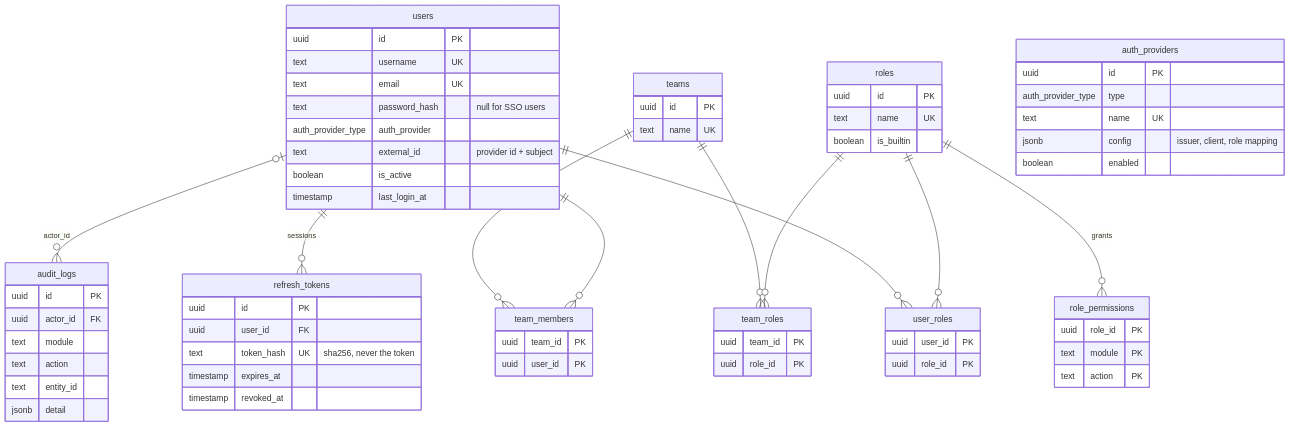
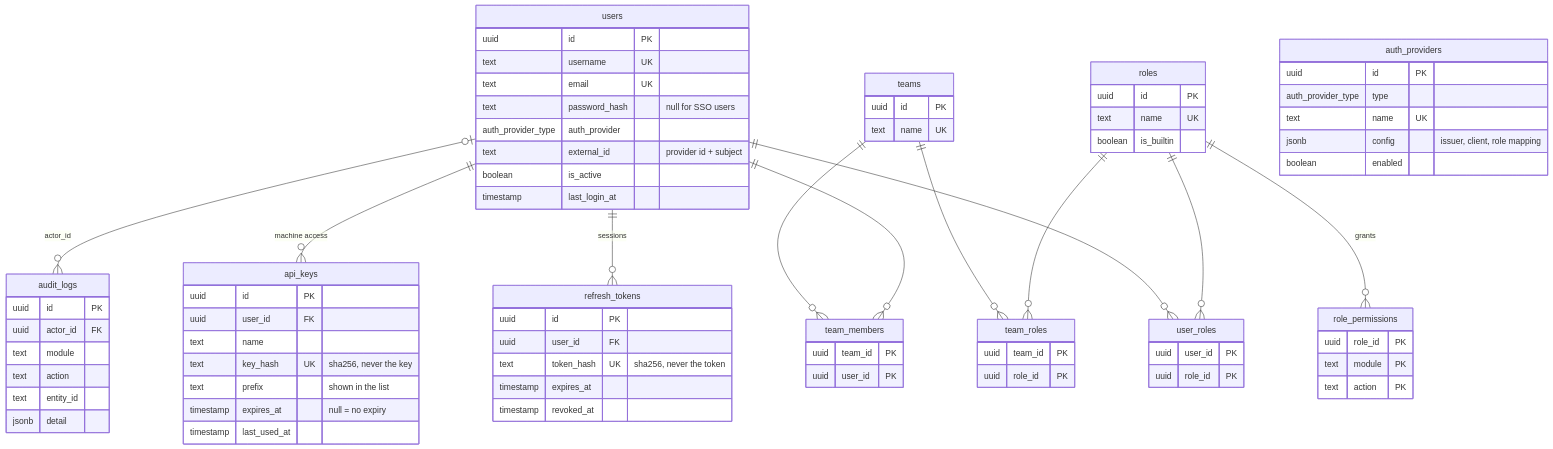
One commit to yuudev14/workflow changed the third of 5 diagrams in docs/database.md. Above: the diagram before and after it, drawn with Mermaid. The commit also changed 28 other files, not shown here.

First line of the commit message:
Add API keys and a daily cleanup of expired refresh tokens

````diff
--- a/docs/database.md
+++ b/docs/database.md
@@ -122,71 +122,81 @@
 ```mermaid
 erDiagram
     users ||--o{ user_roles : ""
     roles ||--o{ user_roles : ""
     roles ||--o{ role_permissions : "grants"
     teams ||--o{ team_members : ""
     users ||--o{ team_members : ""
     teams ||--o{ team_roles : ""
     roles ||--o{ team_roles : ""
     users ||--o{ refresh_tokens : "sessions"
+    users ||--o{ api_keys : "machine access"
     users |o--o{ audit_logs : "actor_id"
 
     users {
         uuid id PK
         text username UK
         text email UK
         text password_hash "null for SSO users"
         auth_provider_type auth_provider
         text external_id "provider id + subject"
         boolean is_active
         timestamp last_login_at
     }
     roles {
         uuid id PK
         text name UK
         boolean is_builtin
     }
     role_permissions {
         uuid role_id PK
         text module PK
         text action PK
     }
     user_roles {
         uuid user_id PK
         uuid role_id PK
     }
     teams {
         uuid id PK
         text name UK
     }
     team_members {
         uuid team_id PK
         uuid user_id PK
     }
     team_roles {
         uuid team_id PK
         uuid role_id PK
     }
     refresh_tokens {
         uuid id PK
         uuid user_id FK
         text token_hash UK "sha256, never the token"
         timestamp expires_at
         timestamp revoked_at
     }
+    api_keys {
+        uuid id PK
+        uuid user_id FK
+        text name
+        text key_hash UK "sha256, never the key"
+        text prefix "shown in the list"
+        timestamp expires_at "null = no expiry"
+        timestamp last_used_at
+    }
     auth_providers {
         uuid id PK
         auth_provider_type type
         text name UK
         jsonb config "issuer, client, role mapping"
         boolean enabled
     }
     audit_logs {
         uuid id PK
         uuid actor_id FK
         text module
         text action
         text entity_id
         jsonb detail
     }
 ```
````
